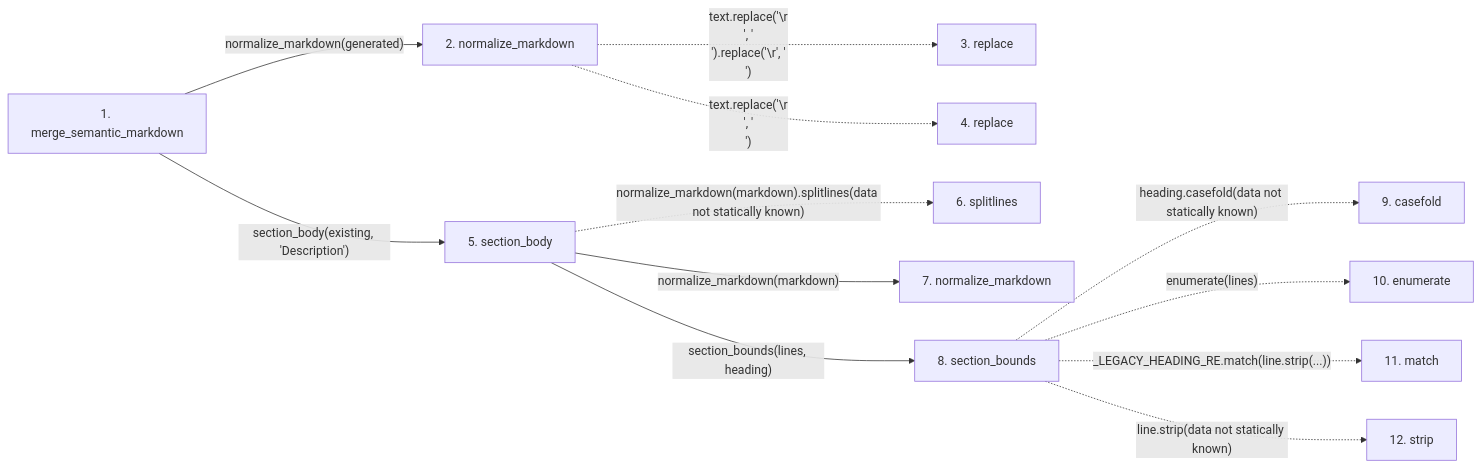
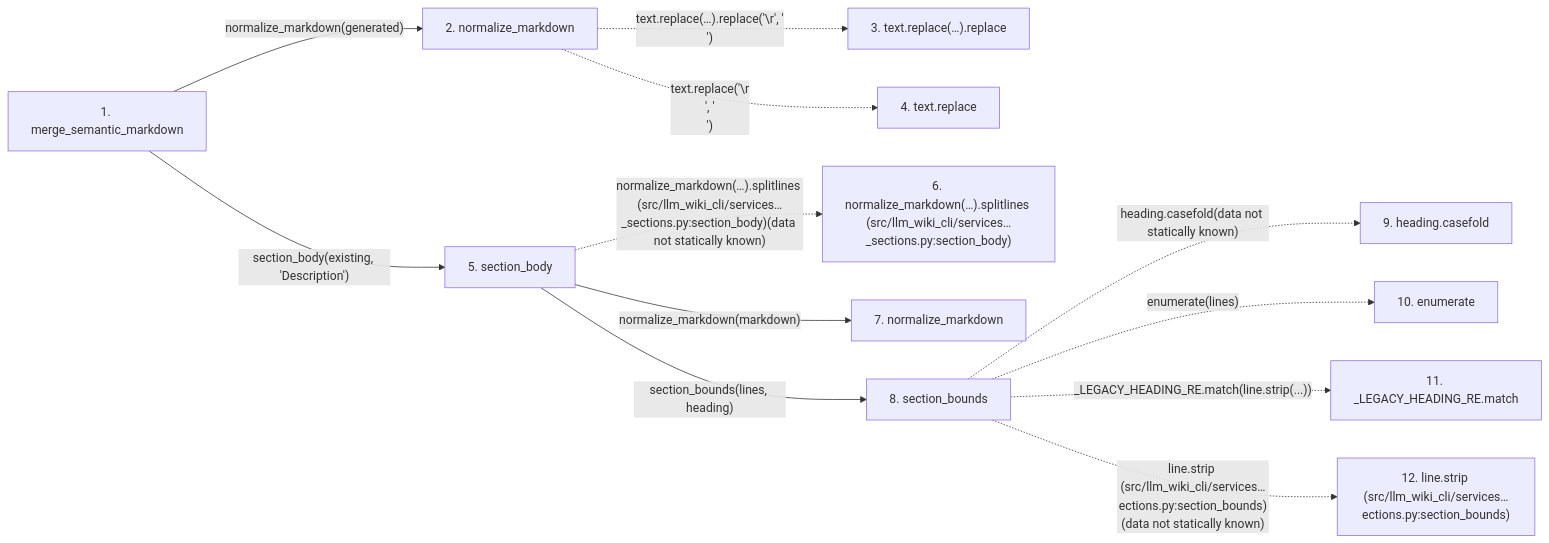
The second of 2 diagrams in docs/llm_wiki/flows/api-merge_semantic_markdown.md (Denissvgn/python-wiki-llm), drawn with Mermaid before and after one commit. The commit also changed other lines of this file and 719 other files, not shown here.

````diff
--- a/docs/llm_wiki/flows/api-merge_semantic_markdown.md
+++ b/docs/llm_wiki/flows/api-merge_semantic_markdown.md
@@ -64,31 +73,31 @@
 ```mermaid
 flowchart LR
     s1["1. merge_semantic_markdown"]
     s2["2. normalize_markdown"]
-    s3["3. replace"]
-    s4["4. replace"]
+    s3["3. text.replace(…).replace"]
+    s4["4. text.replace"]
     s5["5. section_body"]
-    s6["6. splitlines"]
+    s6["6. normalize_markdown(…).splitlines (src/llm_wiki_cli/services…_sections.py:section_body)"]
     s7["7. normalize_markdown"]
     s8["8. section_bounds"]
-    s9["9. casefold"]
+    s9["9. heading.casefold"]
     s10["10. enumerate"]
-    s11["11. match"]
-    s12["12. strip"]
+    s11["11. _LEGACY_HEADING_RE.match"]
+    s12["12. line.strip (src/llm_wiki_cli/services…ections.py:section_bounds)"]
     s1 -->|"normalize_markdown(generated)"| s2
-    s2 -. "text.replace('\r\n', '\n').replace('\r', '\n')" .-> s3
+    s2 -. "text.replace(…).replace('\r', '\n')" .-> s3
     s2 -. "text.replace('\r\n', '\n')" .-> s4
     s1 -->|"section_body(existing, 'Description')"| s5
-    s5 -. "normalize_markdown(markdown).splitlines(data not statically known)" .-> s6
+    s5 -. "normalize_markdown(…).splitlines (src/llm_wiki_cli/services…_sections.py:section_body)(data not statically known)" .-> s6
     s5 -->|"normalize_markdown(markdown)"| s7
     s5 -->|"section_bounds(lines, heading)"| s8
     s8 -. "heading.casefold(data not statically known)" .-> s9
     s8 -. "enumerate(lines)" .-> s10
     s8 -. "_LEGACY_HEADING_RE.match(line.strip(...))" .-> s11
-    s8 -. "line.strip(data not statically known)" .-> s12
+    s8 -. "line.strip (src/llm_wiki_cli/services…ections.py:section_bounds)(data not statically known)" .-> s12
     click s1 "../modules/section_ownership.md"
     click s2 "../modules/markdown_sections.md"
     click s5 "../modules/markdown_sections.md"
     click s7 "../modules/markdown_sections.md"
     click s8 "../modules/markdown_sections.md"
 ```
````
